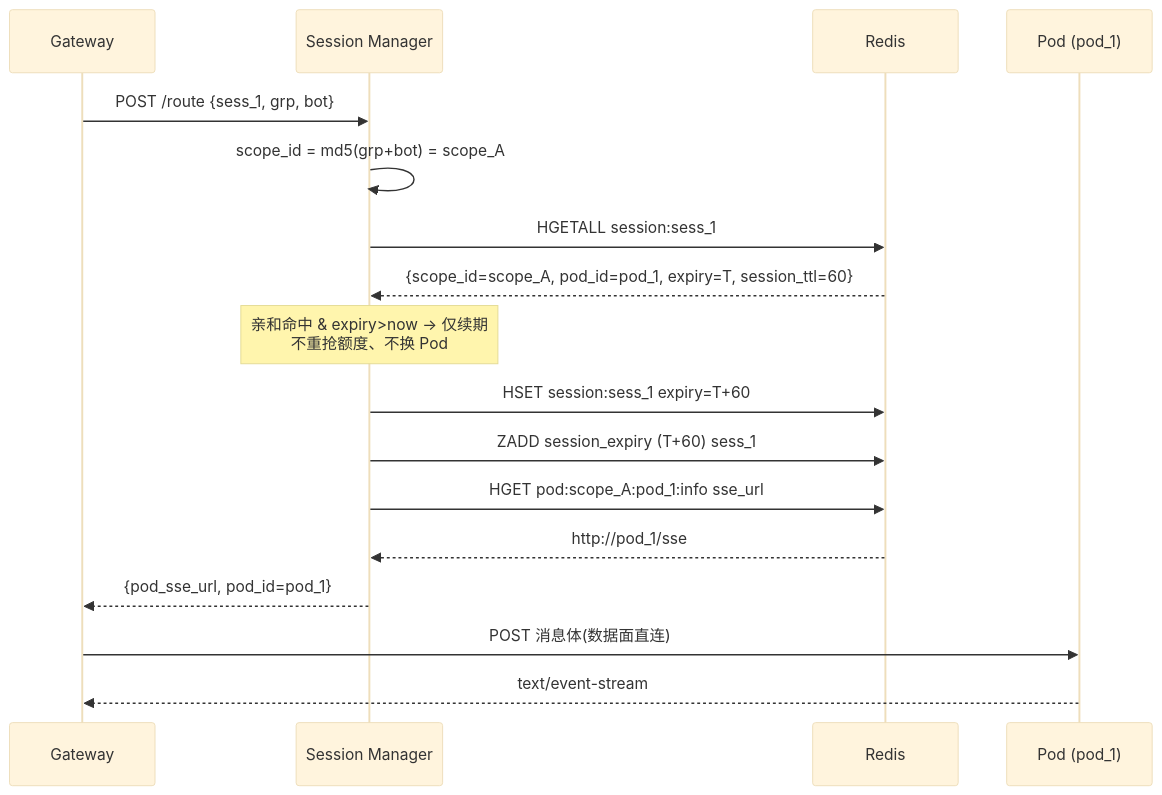
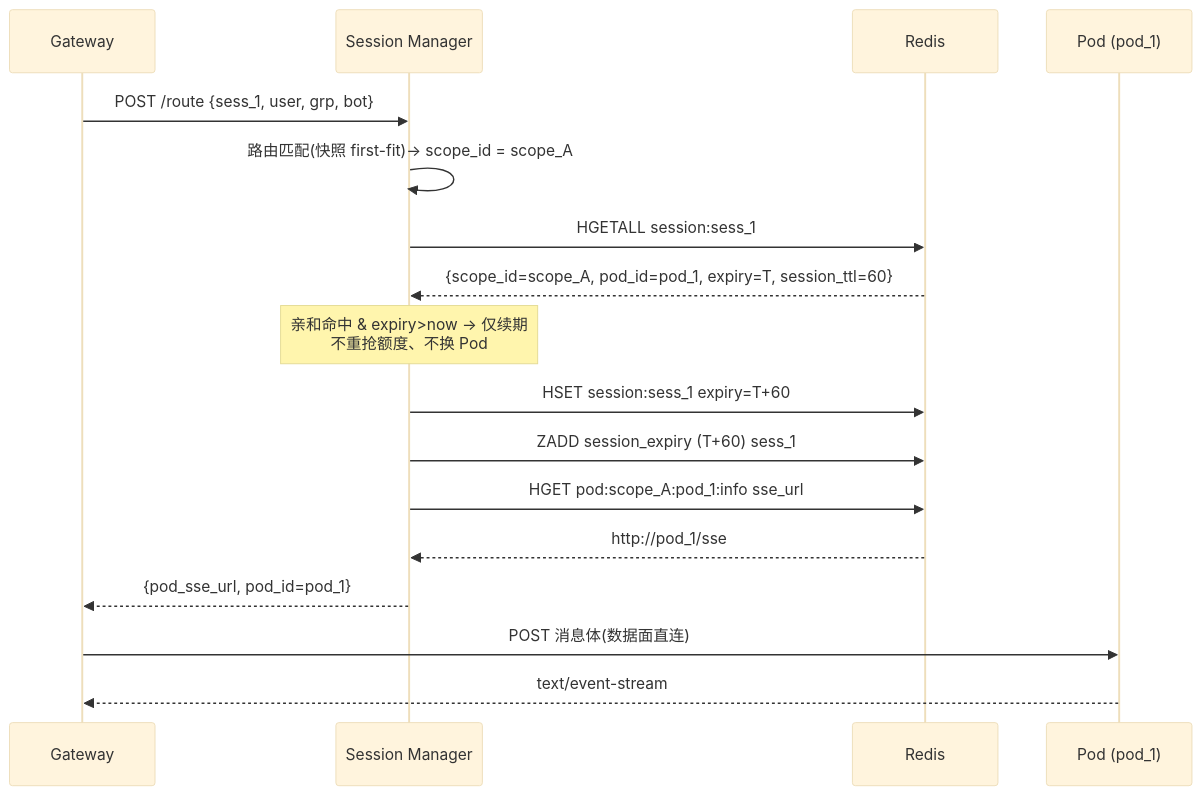
One commit to openJiuwen-ai/agent-runtime changed the eighth of 21 diagrams in applications/agent_runtime/docs/design/Agent-Runtime-HLD.md. Above: the diagram before and after it, drawn with Mermaid (base theme). The commit also changed other lines of this file and 38 other files, not shown here.

````diff
--- a/applications/agent_runtime/docs/design/Agent-Runtime-HLD.md
+++ b/applications/agent_runtime/docs/design/Agent-Runtime-HLD.md
@@ -453,19 +471,19 @@
 ```mermaid
 sequenceDiagram
     participant GW as Gateway
     participant SM as Session Manager
     participant R as Redis
     participant Pod as Pod (pod_1)
-    GW->>SM: POST /route {sess_1, grp, bot}
-    SM->>SM: scope_id = md5(grp+bot) = scope_A
+    GW->>SM: POST /route {sess_1, user, grp, bot}
+    SM->>SM: 路由匹配(快照 first-fit)→ scope_id = scope_A
     SM->>R: HGETALL session:sess_1
     R-->>SM: {scope_id=scope_A, pod_id=pod_1, expiry=T, session_ttl=60}
     Note over SM: 亲和命中 & expiry>now → 仅续期<br/>不重抢额度、不换 Pod
     SM->>R: HSET session:sess_1 expiry=T+60
     SM->>R: ZADD session_expiry (T+60) sess_1
     SM->>R: HGET pod:scope_A:pod_1:info sse_url
     R-->>SM: http://pod_1/sse
     SM-->>GW: {pod_sse_url, pod_id=pod_1}
     GW->>Pod: POST 消息体(数据面直连)
     Pod-->>GW: text/event-stream
 ```
````
